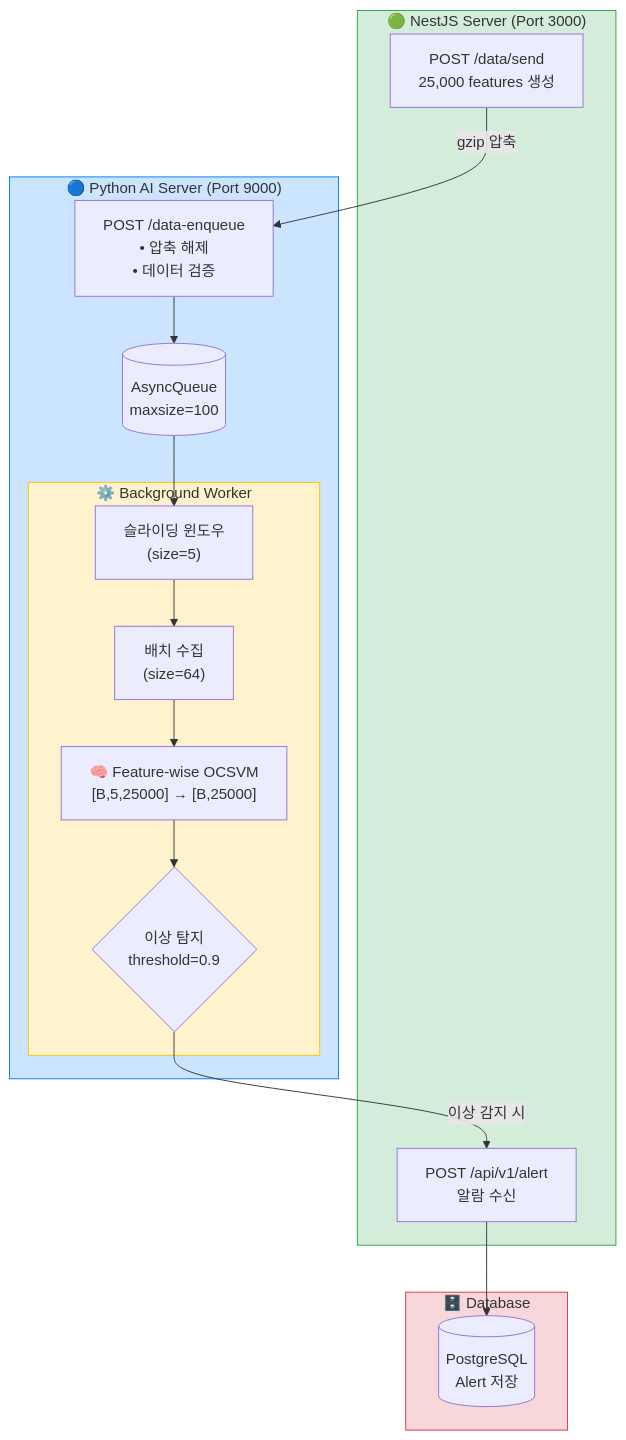
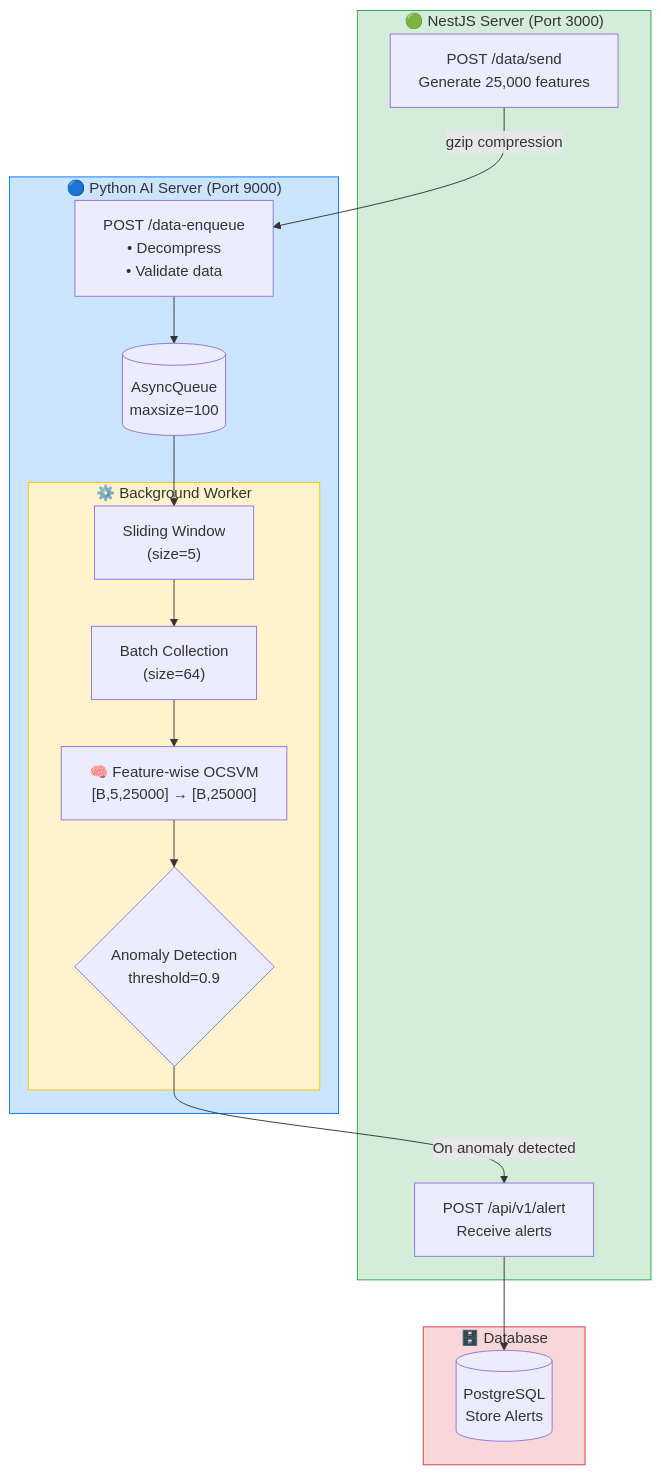
The first of 2 diagrams in README.md (sngmng6506/Real-time-Anomaly-Detection-System), drawn with Mermaid before and after one commit. The commit also changed other lines of this file, not shown here.

````diff
--- a/README.md
+++ b/README.md
@@ -119,37 +119,37 @@
 ```mermaid
 flowchart TB
     subgraph NestJS["🟢 NestJS Server (Port 3000)"]
-        DataController["POST /data/send<br/>25,000 features 생성"]
-        AlertController["POST /api/v1/alert<br/>알람 수신"]
+        DataController["POST /data/send<br/>Generate 25,000 features"]
+        AlertController["POST /api/v1/alert<br/>Receive alerts"]
     end
 
     subgraph Python["🔵 Python AI Server (Port 9000)"]
-        Enqueue["POST /data-enqueue<br/>• 압축 해제<br/>• 데이터 검증"]
+        Enqueue["POST /data-enqueue<br/>• Decompress<br/>• Validate data"]
         Queue[("AsyncQueue<br/>maxsize=100")]
         
         subgraph Worker["⚙️ Background Worker"]
-            Window["슬라이딩 윈도우<br/>(size=5)"]
-            Batch["배치 수집<br/>(size=64)"]
+            Window["Sliding Window<br/>(size=5)"]
+            Batch["Batch Collection<br/>(size=64)"]
             Model["🧠 Feature-wise OCSVM<br/>[B,5,25000] → [B,25000]"]
-            Detect{"이상 탐지<br/>threshold=0.9"}
+            Detect{"Anomaly Detection<br/>threshold=0.9"}
         end
     end
 
     subgraph DB["🗄️ Database"]
-        PostgreSQL[(PostgreSQL<br/>Alert 저장)]
+        PostgreSQL[(PostgreSQL<br/>Store Alerts)]
     end
 
-    DataController -->|"gzip 압축"| Enqueue
+    DataController -->|"gzip compression"| Enqueue
     Enqueue --> Queue
     Queue --> Window
     Window --> Batch
     Batch --> Model
     Model --> Detect
-    Detect -->|"이상 감지 시"| AlertController
+    Detect -->|"On anomaly detected"| AlertController
     AlertController --> PostgreSQL
 
     style NestJS fill:#d4edda,stroke:#28a745
     style Python fill:#cce5ff,stroke:#007bff
     style Worker fill:#fff3cd,stroke:#ffc107
     style DB fill:#f8d7da,stroke:#dc3545
 ```
````
